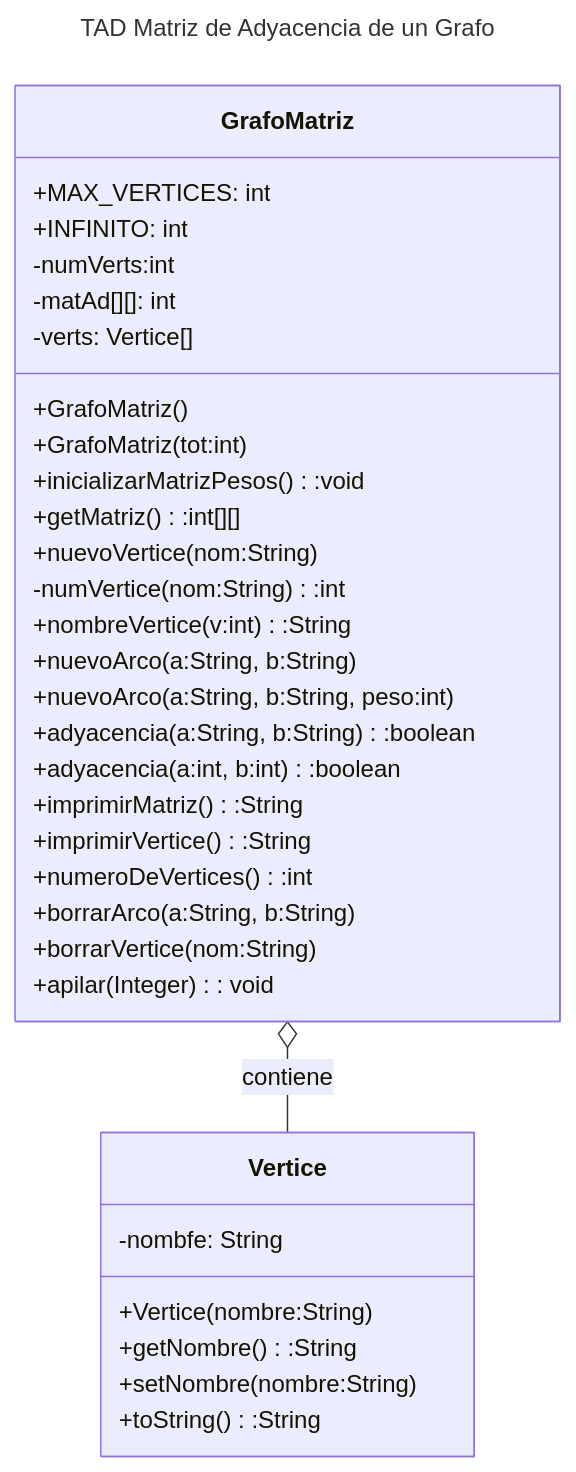
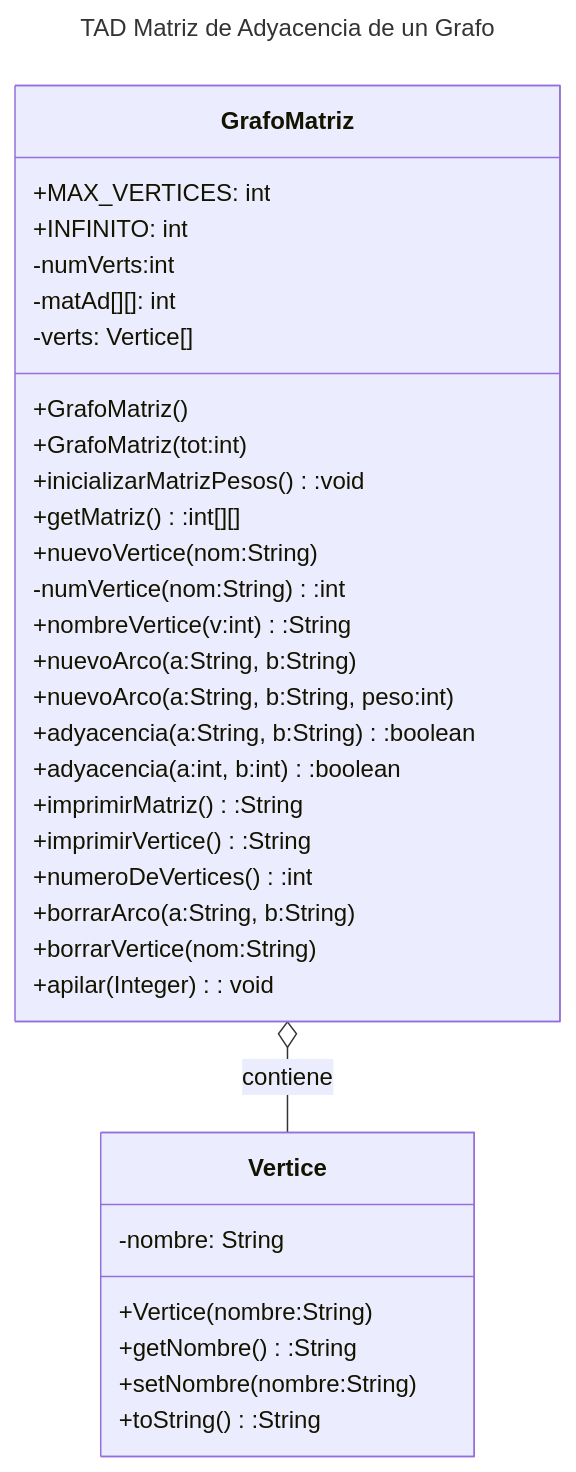
The second of 3 diagrams in README.md (AED1026-EDD-GD-EJ24/GHUB.java.EJ.ENoLineales.MariaLourdesArmentaLindoro-Solucion), drawn with Mermaid before and after one commit. The commit also changed 1 other file, not shown here.

Commit message:
actualizacion readme

````diff
--- a/README.md
+++ b/README.md
@@ -47,41 +47,41 @@
 ```mermaid
 ---
 title: TAD Matriz de Adyacencia de un Grafo
 ---
 classDiagram
     class GrafoMatriz{
         +MAX_VERTICES: int
         +INFINITO: int
         -numVerts:int
         -matAd[][]: int
         -verts: Vertice[]
         +GrafoMatriz()
         +GrafoMatriz(tot:int)
         +inicializarMatrizPesos():void
         +getMatriz():int[][]
         +nuevoVertice(nom:String)
         -numVertice(nom:String):int
         +nombreVertice(v:int):String
         +nuevoArco(a:String, b:String)
         +nuevoArco(a:String, b:String, peso:int)
         +adyacencia(a:String, b:String):boolean
         +adyacencia(a:int, b:int):boolean
         +imprimirMatriz():String
         +imprimirVertice():String
         +numeroDeVertices():int
         +borrarArco(a:String, b:String)
         +borrarVertice(nom:String)
 
         +apilar(Integer): void
     }
     class Vertice{
-        -nombfe: String
+        -nombre: String
         +Vertice(nombre:String)
         +getNombre():String
         +setNombre(nombre:String)
         +toString():String
     }
     GrafoMatriz o-- Vertice: contiene
 
 
 ```
````
